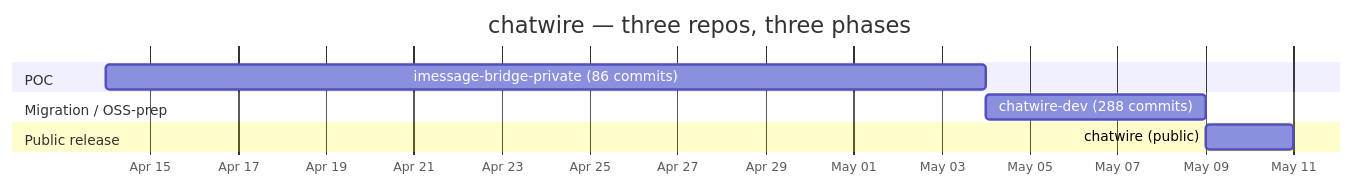
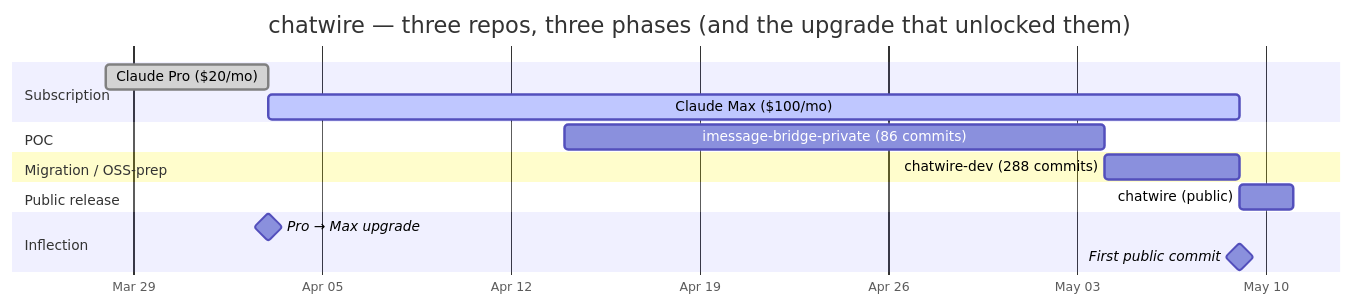
The first of 3 diagrams in JOURNEY.md (allenbina/chatwire), drawn with Mermaid before and after one commit. The commit also changed other lines of this file, not shown here.

Commit message:
Fix upgrade timeline: Pro→Max happened Apr 3 (pre-POC), not May 4

````diff
--- a/JOURNEY.md
+++ b/JOURNEY.md
@@ -17,12 +17,18 @@
 ```mermaid
 gantt
-    title chatwire — three repos, three phases
+    title chatwire — three repos, three phases (and the upgrade that unlocked them)
     dateFormat  YYYY-MM-DD
     axisFormat  %b %d
+    section Subscription
+    Claude Pro ($20/mo)                    :done, p1, 2026-03-28, 2026-04-03
+    Claude Max ($100/mo)                   :active, p2, 2026-04-03, 2026-05-09
     section POC
     imessage-bridge-private (86 commits)   :a1, 2026-04-14, 2026-05-04
     section Migration / OSS-prep
     chatwire-dev (288 commits)             :a2, 2026-05-04, 2026-05-09
     section Public release
     chatwire (public)                      :a3, 2026-05-09, 2d
+    section Inflection
+    Pro → Max upgrade                      :milestone, m1, 2026-04-03, 0d
+    First public commit                    :milestone, m2, 2026-05-09, 0d
 ```
````
